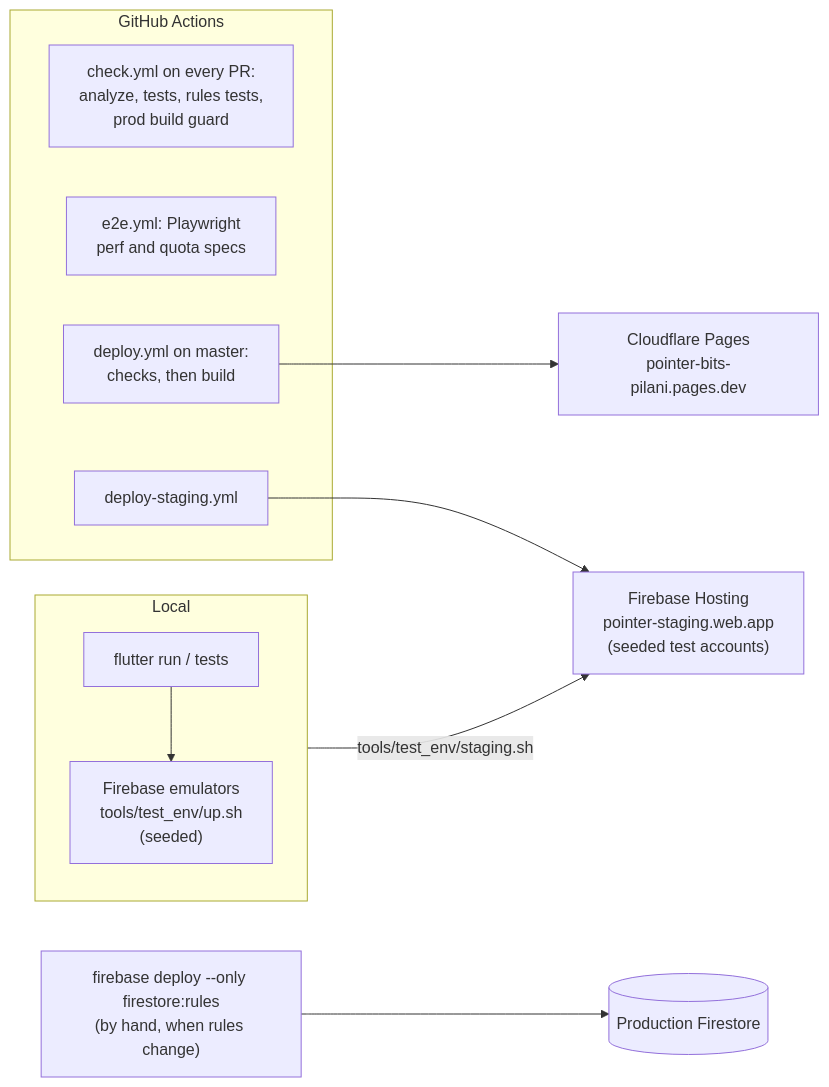
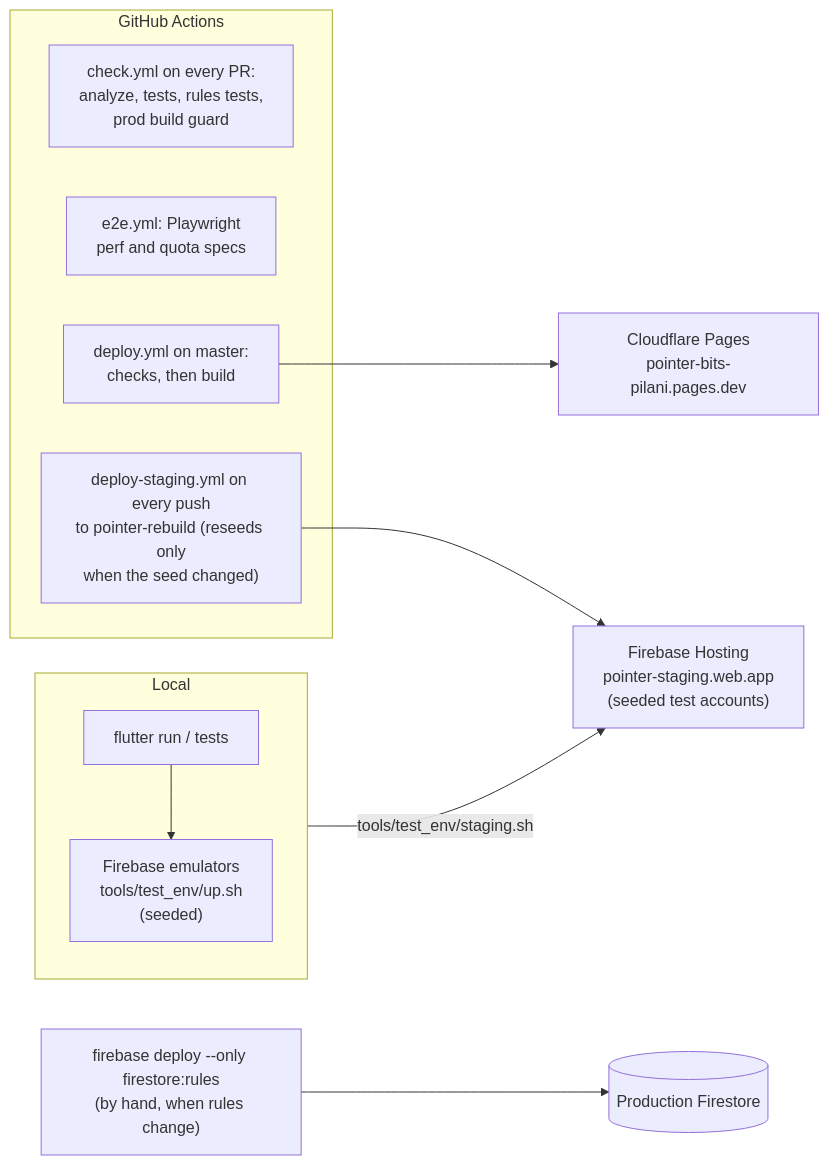
The tenth of 10 diagrams in docs/ARCHITECTURE.md (e-iotapi/CGPA_Calculator), drawn with Mermaid before and after one commit. The commit also changed 2 other files, not shown here.

Commit message:
CI: auto-deploy staging on every push to pointer-rebuild
Same steps as tools/test_env/staging.sh: rules and indexes, build, hosting.
Reseeds only when the seed changed or on a manual run with reseed ticked,
so a push never wipes testers' data; otherwise it only resets the test
accounts' passwords (seed.mjs --passwords-only) to match the build. Skips
with a warning until STAGING_DEPLOY_SA and STAGING_PASSWORD are set.

Claude-Session: https://claude.ai/code/session_01EXPYTySCjmuF9qBjhXATHm

````diff
--- a/docs/ARCHITECTURE.md
+++ b/docs/ARCHITECTURE.md
@@ -398,18 +398,18 @@
 ```mermaid
 flowchart LR
   subgraph Local
     Dev["flutter run / tests"]
     Emu["Firebase emulators<br/>tools/test_env/up.sh<br/>(seeded)"]
     Dev --> Emu
   end
   subgraph CI["GitHub Actions"]
     Check["check.yml on every PR:<br/>analyze, tests, rules tests,<br/>prod build guard"]
     E2E["e2e.yml: Playwright<br/>perf and quota specs"]
     Deploy["deploy.yml on master:<br/>checks, then build"]
-    DStaging["deploy-staging.yml"]
+    DStaging["deploy-staging.yml on every push<br/>to pointer-rebuild (reseeds only<br/>when the seed changed)"]
   end
   Deploy --> Prod["Cloudflare Pages<br/>pointer-bits-pilani.pages.dev"]
   Rules["firebase deploy --only firestore:rules<br/>(by hand, when rules change)"] --> ProdFS[("Production Firestore")]
   DStaging --> Staging["Firebase Hosting<br/>pointer-staging.web.app<br/>(seeded test accounts)"]
   Local -- "tools/test_env/staging.sh" --> Staging
 ```
````
